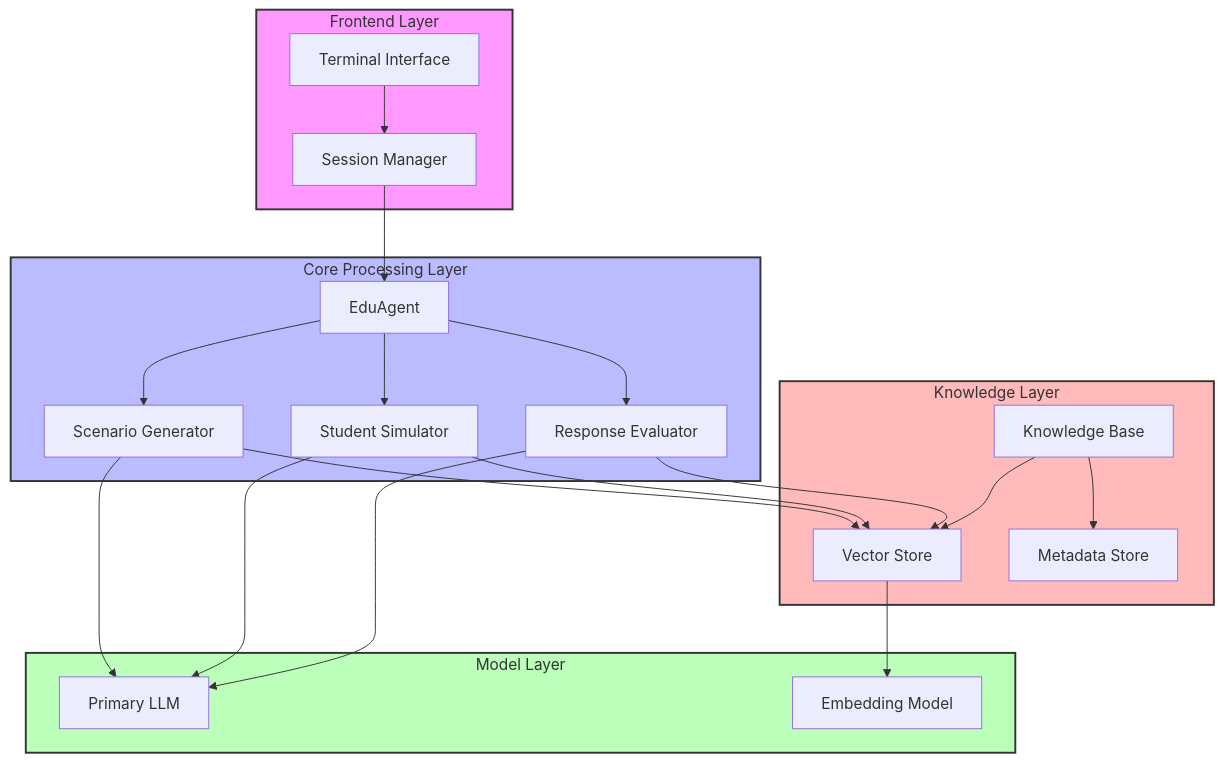
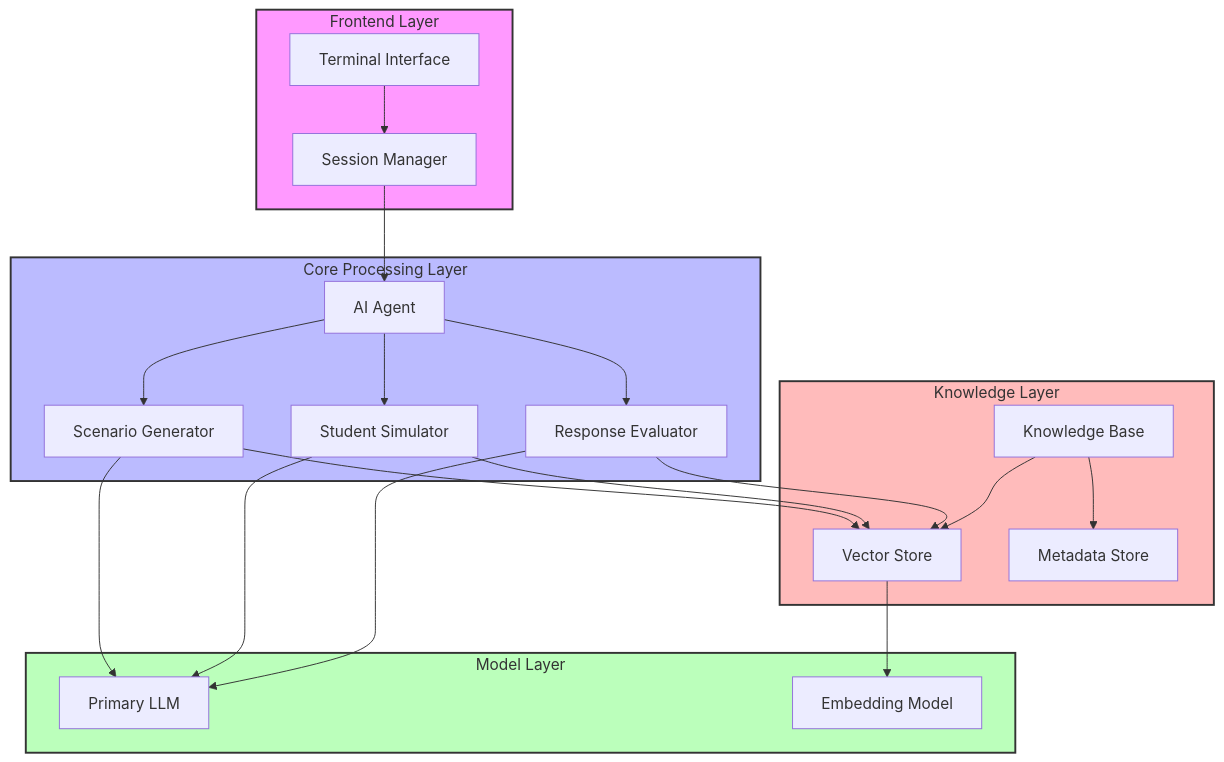
One commit to UVU-AI-Innovate/teacher-training-chatbot changed the first of 14 diagrams in README.md. Above: the diagram before and after it, drawn with Mermaid. The commit also changed other lines of this file, not shown here.

First line of the commit message:
Rename EduAgent to AI Agent in README documentation

````diff
--- a/README.md
+++ b/README.md
@@ -55,48 +55,48 @@
 ```mermaid
 graph TB
     subgraph Frontend["Frontend Layer"]
         UI[Terminal Interface]
         Session[Session Manager]
     end
 
     subgraph Core["Core Processing Layer"]
-        Chat[EduAgent]
+        Chat[AI Agent]
         Eval[Response Evaluator]
         Sim[Student Simulator]
         Scen[Scenario Generator]
     end
 
     subgraph Models["Model Layer"]
         LLM[Primary LLM]
         Emb[Embedding Model]
     end
 
     subgraph Knowledge["Knowledge Layer"]
         KB[Knowledge Base]
         VS[Vector Store]
         Meta[Metadata Store]
     end
 
     UI --> Session
     Session --> Chat
     Chat --> Eval
     Chat --> Sim
     Chat --> Scen
     
     Eval --> LLM
     Sim --> LLM
     Scen --> LLM
     
     KB --> VS
     VS --> Emb
     KB --> Meta
     
     Eval --> VS
     Sim --> VS
     Scen --> VS
 
     style Frontend fill:#f9f,stroke:#333,stroke-width:2px
     style Core fill:#bbf,stroke:#333,stroke-width:2px
     style Models fill:#bfb,stroke:#333,stroke-width:2px
     style Knowledge fill:#fbb,stroke:#333,stroke-width:2px
 ```
````
